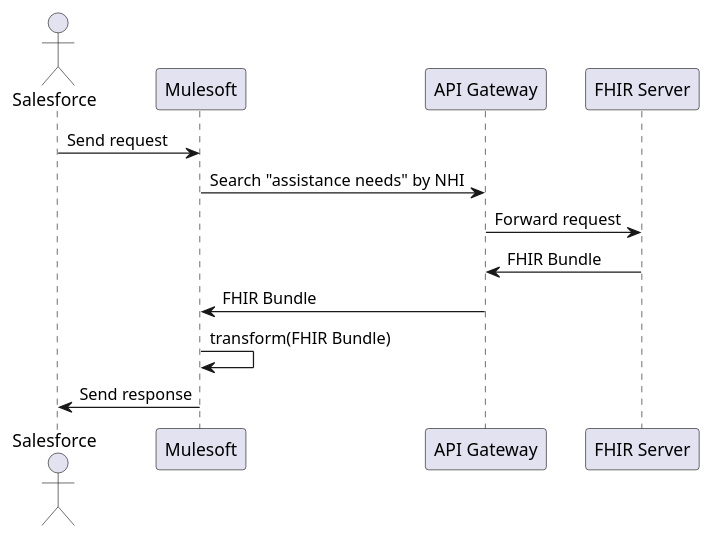
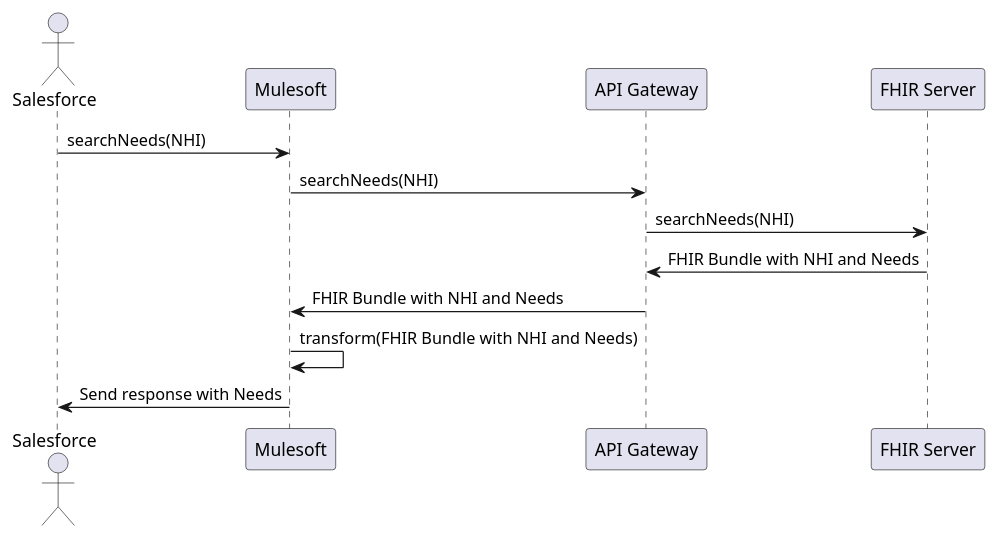
One commit to tewhatuora/fhir-patient-questionnaires changed the diagram in input/images-source/2.assistance-retrieve.plantuml. Above: the diagram before and after it, drawn with PlantUML. The commit also changed 1 other file, not shown here.

Commit message:
Add NHI and needs

```diff
--- a/input/images-source/2.assistance-retrieve.plantuml
+++ b/input/images-source/2.assistance-retrieve.plantuml
@@ -1,15 +1,15 @@
 @startuml
 actor Salesforce
 participant "Mulesoft"
 participant "API Gateway"
 participant "FHIR Server"
 
-Salesforce -> Mulesoft: Send request
-Mulesoft -> "API Gateway": Search "assistance needs" by NHI
-"API Gateway" -> "FHIR Server": Forward request
-"FHIR Server" -> "API Gateway": FHIR Bundle
-"API Gateway" -> Mulesoft: FHIR Bundle
-Mulesoft -> Mulesoft : transform(FHIR Bundle)
-Mulesoft -> Salesforce: Send response
+Salesforce -> Mulesoft: searchNeeds(NHI)
+Mulesoft -> "API Gateway": searchNeeds(NHI)
+"API Gateway" -> "FHIR Server": searchNeeds(NHI)
+"FHIR Server" -> "API Gateway": FHIR Bundle with NHI and Needs
+"API Gateway" -> Mulesoft: FHIR Bundle with NHI and Needs
+Mulesoft -> Mulesoft : transform(FHIR Bundle with NHI and Needs)
+Mulesoft -> Salesforce: Send response with Needs
 
 @enduml
```
